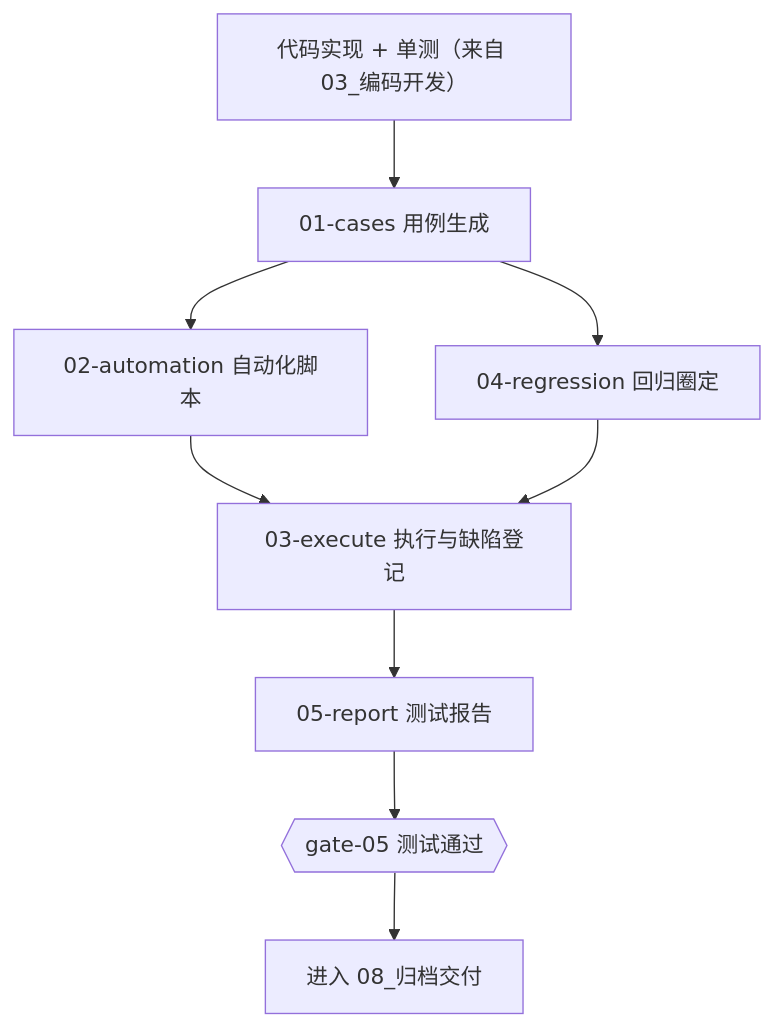
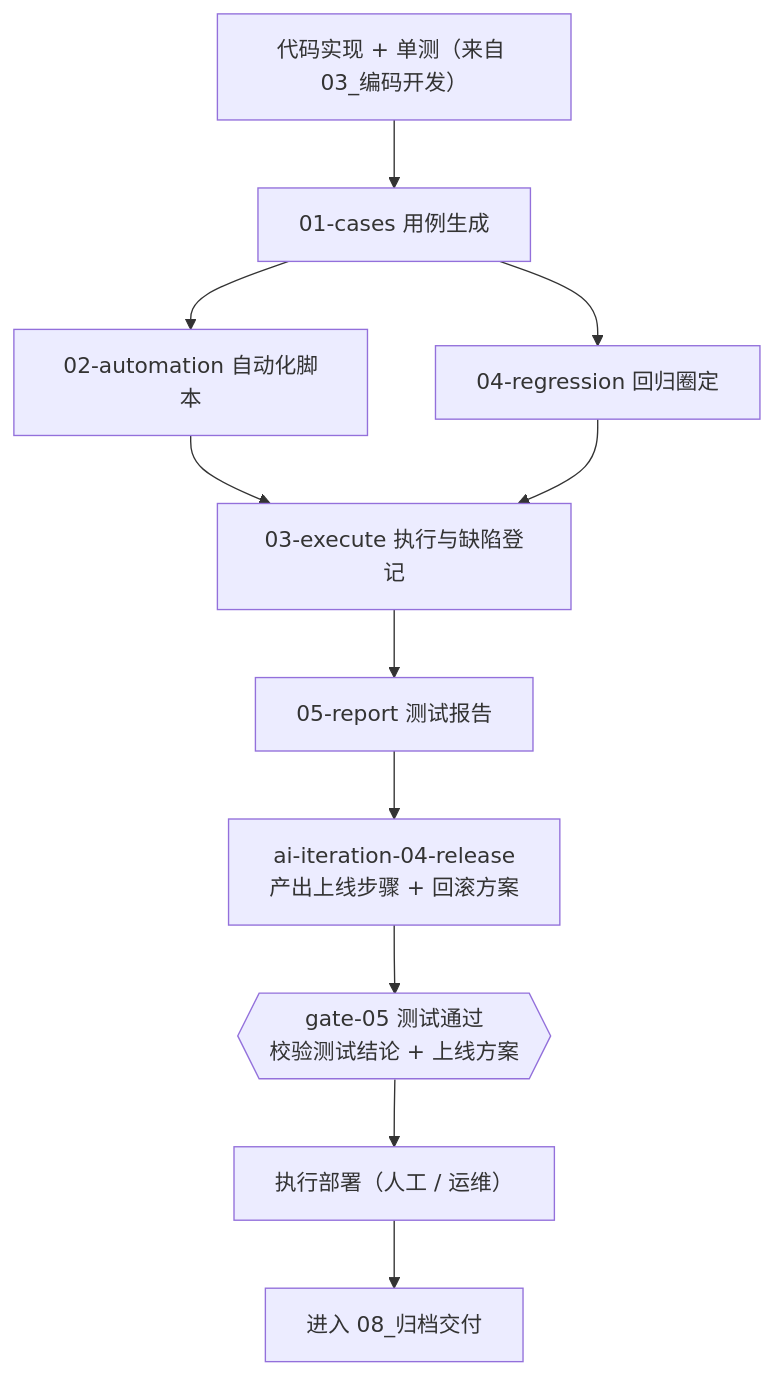
The diagram in 04_测试验证/README.md (lichengqun-dev/ai-work-spec), drawn with Mermaid before and after one commit. The commit also changed other lines of this file and 208 other files, not shown here.

````diff
--- a/04_测试验证/README.md
+++ b/04_测试验证/README.md
@@ -17,11 +17,13 @@
 ```mermaid
 graph TD
     U["代码实现 + 单测（来自 03_编码开发）"] --> C["01-cases 用例生成"]
     C --> A["02-automation 自动化脚本"]
     A --> E["03-execute 执行与缺陷登记"]
     C --> R["04-regression 回归圈定"]
     R --> E
     E --> P["05-report 测试报告"]
-    P --> G{{"gate-05 测试通过"}}
-    G --> NEXT["进入 08_归档交付"]
+    P --> REL["ai-iteration-04-release<br/>产出上线步骤 + 回滚方案"]
+    REL --> G{{"gate-05 测试通过<br/>校验测试结论 + 上线方案"}}
+    G --> LIVE["执行部署（人工 / 运维）"]
+    LIVE --> NEXT["进入 08_归档交付"]
 ```
````
